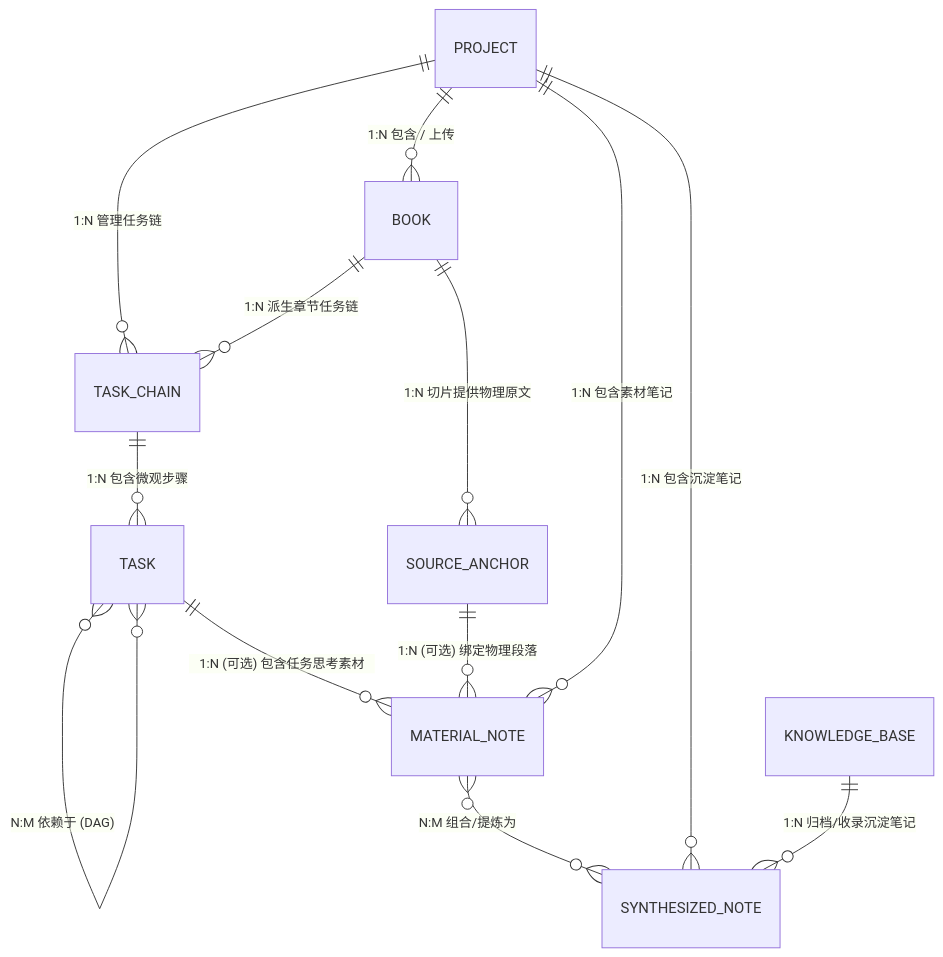
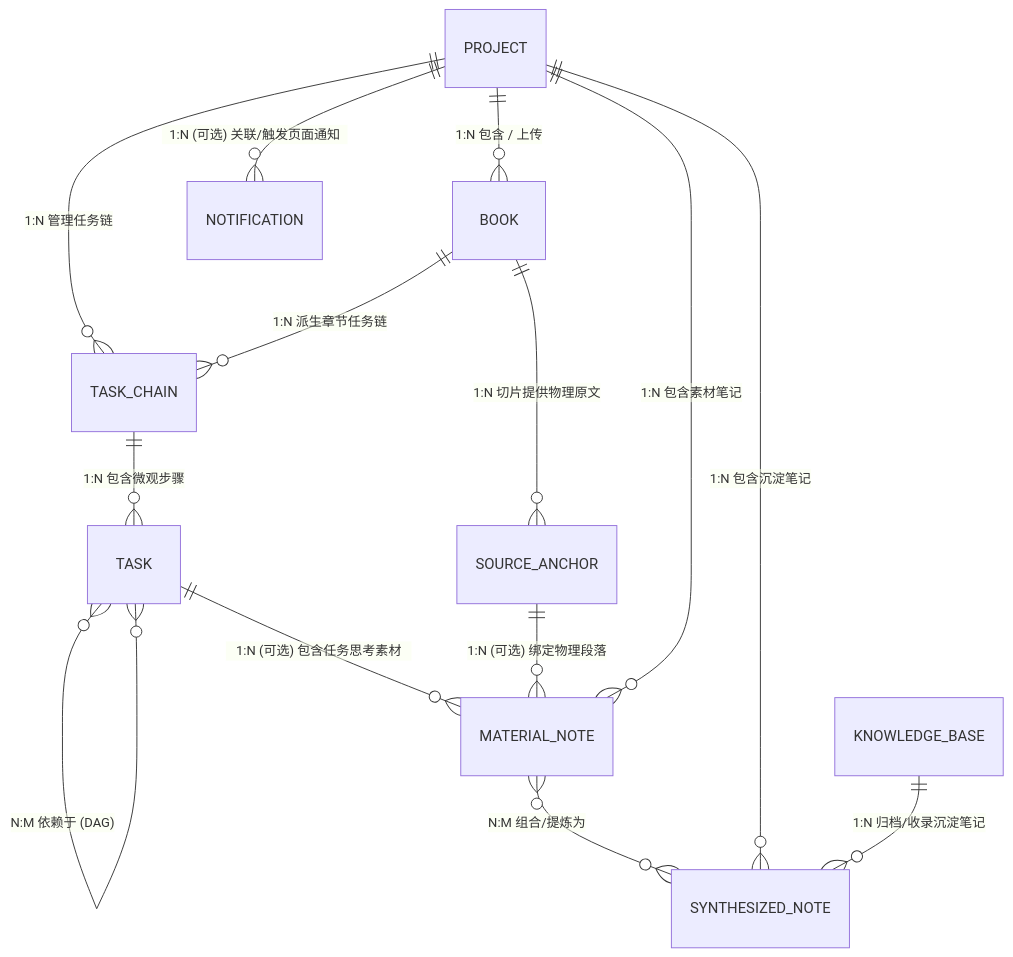
Before and after one commit to shanglihong/i-have-a-plan: the first of 2 diagrams in docs/03_business_modeling/business_model.md, drawn with Mermaid. The commit also changed other lines of this file and 2 other files, not shown here.

Commit message:
docs: update business model and backend architecture design specifications

````diff
--- a/docs/03_business_modeling/business_model.md
+++ b/docs/03_business_modeling/business_model.md
@@ -103,20 +103,23 @@
 ```mermaid
 erDiagram
     %% 1. 项目与任务主领域 (Project & Task Main Domain)
     PROJECT ||--o{ BOOK : "1:N 包含 / 上传"
     PROJECT ||--o{ TASK_CHAIN : "1:N 管理任务链"
     BOOK ||--o{ TASK_CHAIN : "1:N 派生章节任务链"
     TASK_CHAIN ||--o{ TASK : "1:N 包含微观步骤"
     TASK }o--o{ TASK : "N:M 依赖于 (DAG)"
 
     %% 2. 物理源文档与锚点领域 (Source Document Domain)
     BOOK ||--o{ SOURCE_ANCHOR : "1:N 切片提供物理原文"
 
     %% 3. 通用双轨笔记与知识库领域 (Note & Knowledge Vault Domain)
     TASK ||--o{ MATERIAL_NOTE : "1:N (可选) 包含任务思考素材"
     SOURCE_ANCHOR ||--o{ MATERIAL_NOTE : "1:N (可选) 绑定物理段落"
     MATERIAL_NOTE }o--o{ SYNTHESIZED_NOTE : "N:M 组合/提炼为"
     PROJECT ||--o{ MATERIAL_NOTE : "1:N 包含素材笔记"
     PROJECT ||--o{ SYNTHESIZED_NOTE : "1:N 包含沉淀笔记"
     KNOWLEDGE_BASE ||--o{ SYNTHESIZED_NOTE : "1:N 归档/收录沉淀笔记"
+
+    %% 4. 消息通知与提醒领域 (Notification Domain)
+    PROJECT ||--o{ NOTIFICATION : "1:N (可选) 关联/触发页面通知"
 ```
````
